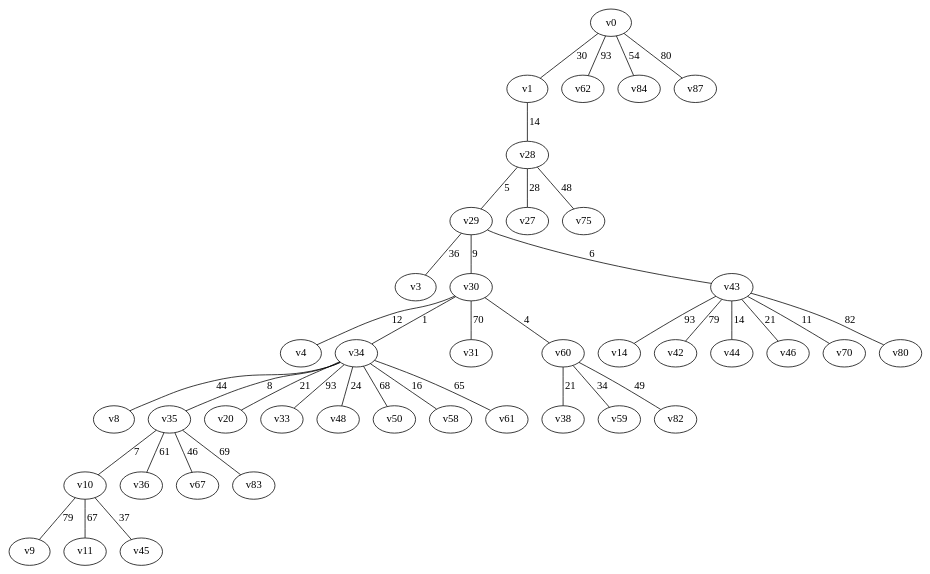
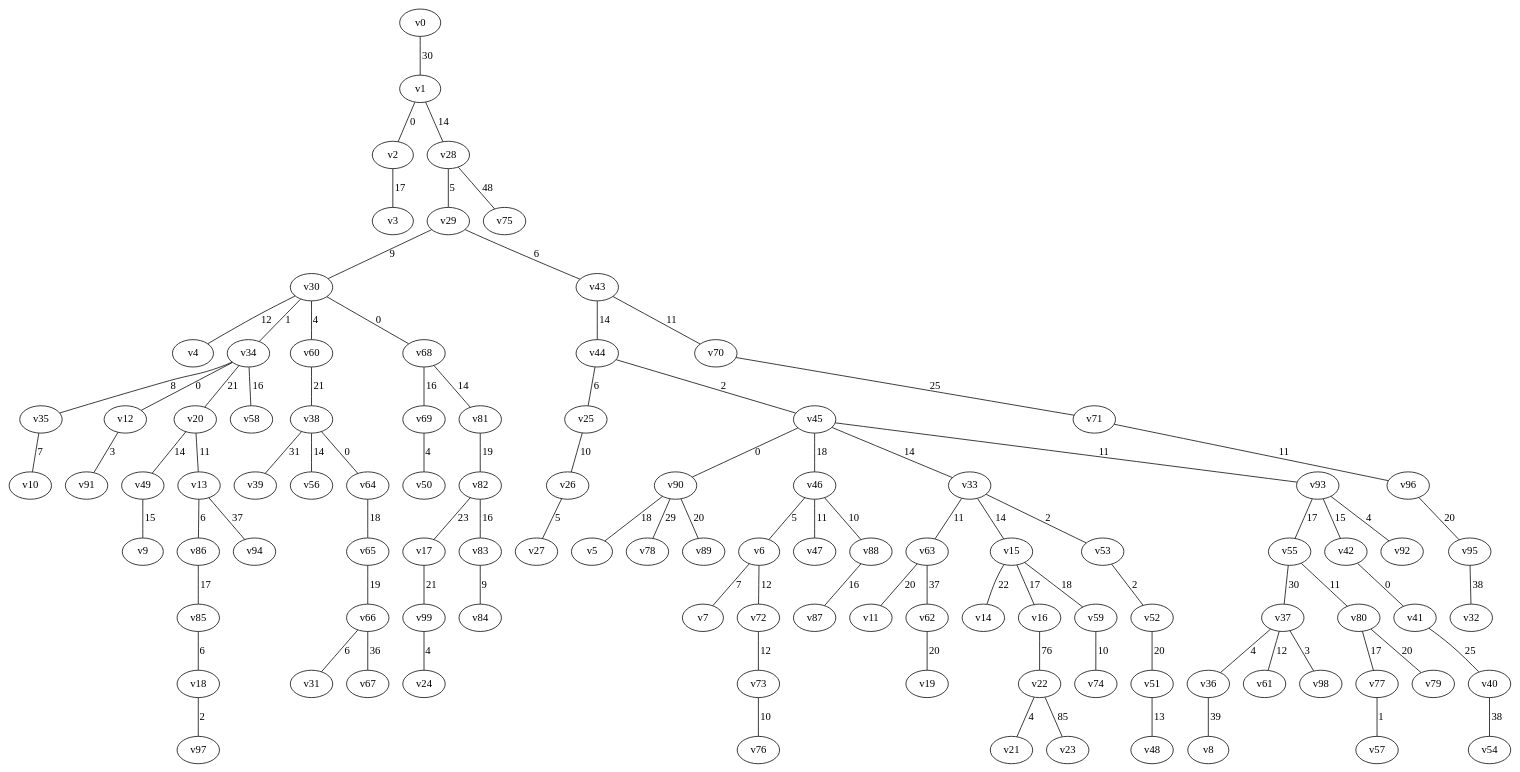
Before and after one commit to japie1235813/Algo_PA3: the diagram in outputs/gn100_mst_p_2.dot, drawn with Graphviz. The commit also changed 13 other files, not shown here.

```diff
--- a/outputs/gn100_mst_p_2.dot
+++ b/outputs/gn100_mst_p_2.dot
@@ -1,41 +1,101 @@
 graph gn100_mst_p {
 v0 -- v1 [label = "30"];
-v29 -- v3 [label = "36"];
+v1 -- v2 [label = "0"];
+v2 -- v3 [label = "17"];
 v30 -- v4 [label = "12"];
-v34 -- v8 [label = "44"];
-v10 -- v9 [label = "79"];
+v90 -- v5 [label = "18"];
+v46 -- v6 [label = "5"];
+v6 -- v7 [label = "7"];
+v36 -- v8 [label = "39"];
+v49 -- v9 [label = "15"];
 v35 -- v10 [label = "7"];
-v10 -- v11 [label = "67"];
-v43 -- v14 [label = "93"];
+v63 -- v11 [label = "20"];
+v34 -- v12 [label = "0"];
+v20 -- v13 [label = "11"];
+v15 -- v14 [label = "22"];
+v33 -- v15 [label = "14"];
+v15 -- v16 [label = "17"];
+v82 -- v17 [label = "23"];
+v85 -- v18 [label = "6"];
+v62 -- v19 [label = "20"];
 v34 -- v20 [label = "21"];
-v28 -- v27 [label = "28"];
+v22 -- v21 [label = "4"];
+v16 -- v22 [label = "76"];
+v22 -- v23 [label = "85"];
+v99 -- v24 [label = "4"];
+v44 -- v25 [label = "6"];
+v25 -- v26 [label = "10"];
+v26 -- v27 [label = "5"];
 v1 -- v28 [label = "14"];
 v28 -- v29 [label = "5"];
 v29 -- v30 [label = "9"];
-v30 -- v31 [label = "70"];
-v34 -- v33 [label = "93"];
+v66 -- v31 [label = "6"];
+v95 -- v32 [label = "38"];
+v45 -- v33 [label = "14"];
 v30 -- v34 [label = "1"];
 v34 -- v35 [label = "8"];
-v35 -- v36 [label = "61"];
+v37 -- v36 [label = "4"];
+v55 -- v37 [label = "30"];
 v60 -- v38 [label = "21"];
-v43 -- v42 [label = "79"];
+v38 -- v39 [label = "31"];
+v41 -- v40 [label = "25"];
+v42 -- v41 [label = "0"];
+v93 -- v42 [label = "15"];
 v29 -- v43 [label = "6"];
 v43 -- v44 [label = "14"];
-v10 -- v45 [label = "37"];
-v43 -- v46 [label = "21"];
-v34 -- v48 [label = "24"];
-v34 -- v50 [label = "68"];
+v44 -- v45 [label = "2"];
+v45 -- v46 [label = "18"];
+v46 -- v47 [label = "11"];
+v51 -- v48 [label = "13"];
+v20 -- v49 [label = "14"];
+v69 -- v50 [label = "4"];
+v52 -- v51 [label = "20"];
+v53 -- v52 [label = "2"];
+v33 -- v53 [label = "2"];
+v40 -- v54 [label = "38"];
+v93 -- v55 [label = "17"];
+v38 -- v56 [label = "14"];
+v77 -- v57 [label = "1"];
 v34 -- v58 [label = "16"];
-v60 -- v59 [label = "34"];
+v15 -- v59 [label = "18"];
 v30 -- v60 [label = "4"];
-v34 -- v61 [label = "65"];
-v0 -- v62 [label = "93"];
-v35 -- v67 [label = "46"];
+v37 -- v61 [label = "12"];
+v63 -- v62 [label = "37"];
+v33 -- v63 [label = "11"];
+v38 -- v64 [label = "0"];
+v64 -- v65 [label = "18"];
+v65 -- v66 [label = "19"];
+v66 -- v67 [label = "36"];
+v30 -- v68 [label = "0"];
+v68 -- v69 [label = "16"];
 v43 -- v70 [label = "11"];
+v70 -- v71 [label = "25"];
+v6 -- v72 [label = "12"];
+v72 -- v73 [label = "12"];
+v59 -- v74 [label = "10"];
 v28 -- v75 [label = "48"];
-v43 -- v80 [label = "82"];
-v60 -- v82 [label = "49"];
-v35 -- v83 [label = "69"];
-v0 -- v84 [label = "54"];
-v0 -- v87 [label = "80"];
+v73 -- v76 [label = "10"];
+v80 -- v77 [label = "17"];
+v90 -- v78 [label = "29"];
+v80 -- v79 [label = "20"];
+v55 -- v80 [label = "11"];
+v68 -- v81 [label = "14"];
+v81 -- v82 [label = "19"];
+v82 -- v83 [label = "16"];
+v83 -- v84 [label = "9"];
+v86 -- v85 [label = "17"];
+v13 -- v86 [label = "6"];
+v88 -- v87 [label = "16"];
+v46 -- v88 [label = "10"];
+v90 -- v89 [label = "20"];
+v45 -- v90 [label = "0"];
+v12 -- v91 [label = "3"];
+v93 -- v92 [label = "4"];
+v45 -- v93 [label = "11"];
+v13 -- v94 [label = "37"];
+v96 -- v95 [label = "20"];
+v71 -- v96 [label = "11"];
+v18 -- v97 [label = "2"];
+v37 -- v98 [label = "3"];
+v17 -- v99 [label = "21"];
 }
```
